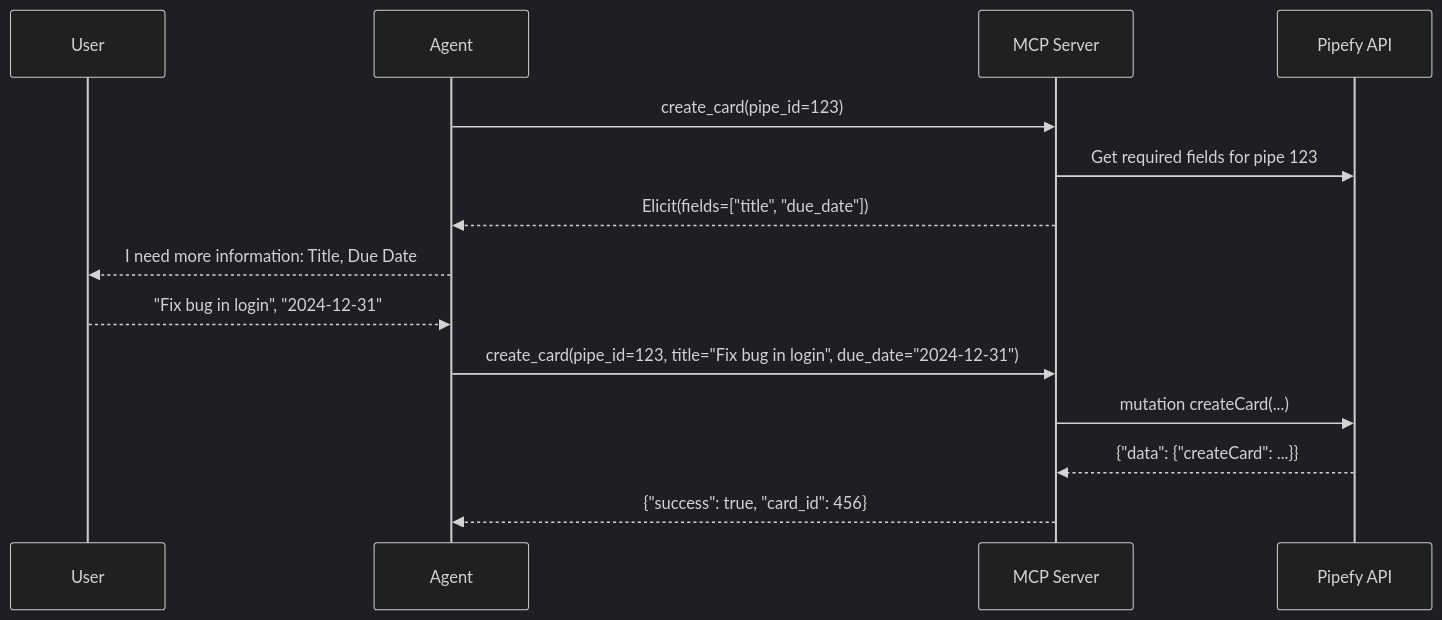
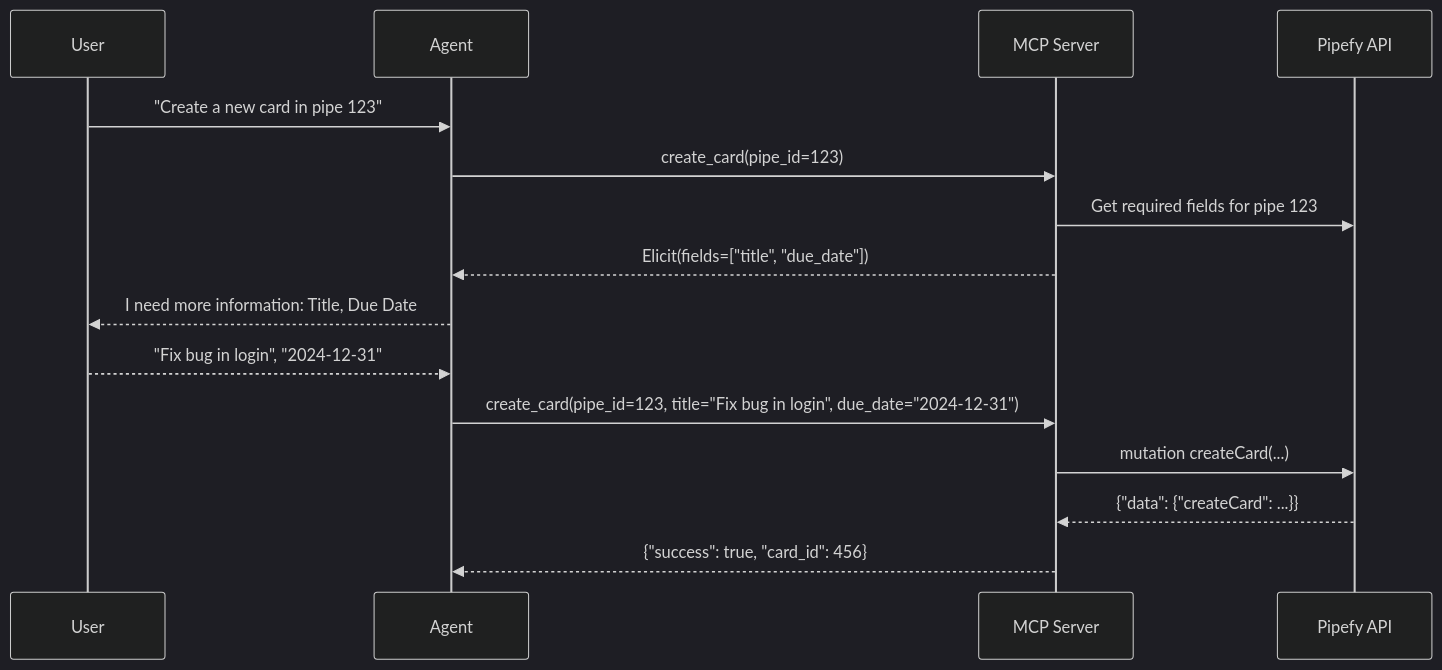
The diagram in README.md (gbrlcustodio/pipefy-mcp-server), drawn with Mermaid (dark theme) before and after one commit.

Commit message:
add initial iteraction trigger

````diff
--- a/README.md
+++ b/README.md
@@ -47,17 +47,18 @@
     ```mermaid
     sequenceDiagram
         participant U as User
         participant A as Agent
         participant S as MCP Server
         participant P as Pipefy API
 
+        U->>A: "Create a new card in pipe 123"
         A->>S: create_card(pipe_id=123)
         S->>P: Get required fields for pipe 123
         S-->>A: Elicit(fields=["title", "due_date"])
         A-->>U: I need more information: Title, Due Date
         U-->>A: "Fix bug in login", "2024-12-31"
         A->>S: create_card(pipe_id=123, title="Fix bug in login", due_date="2024-12-31")
         S->>P: mutation createCard(...)
         P-->>S: {"data": {"createCard": ...}}
         S-->>A: {"success": true, "card_id": 456}
     ```
````
